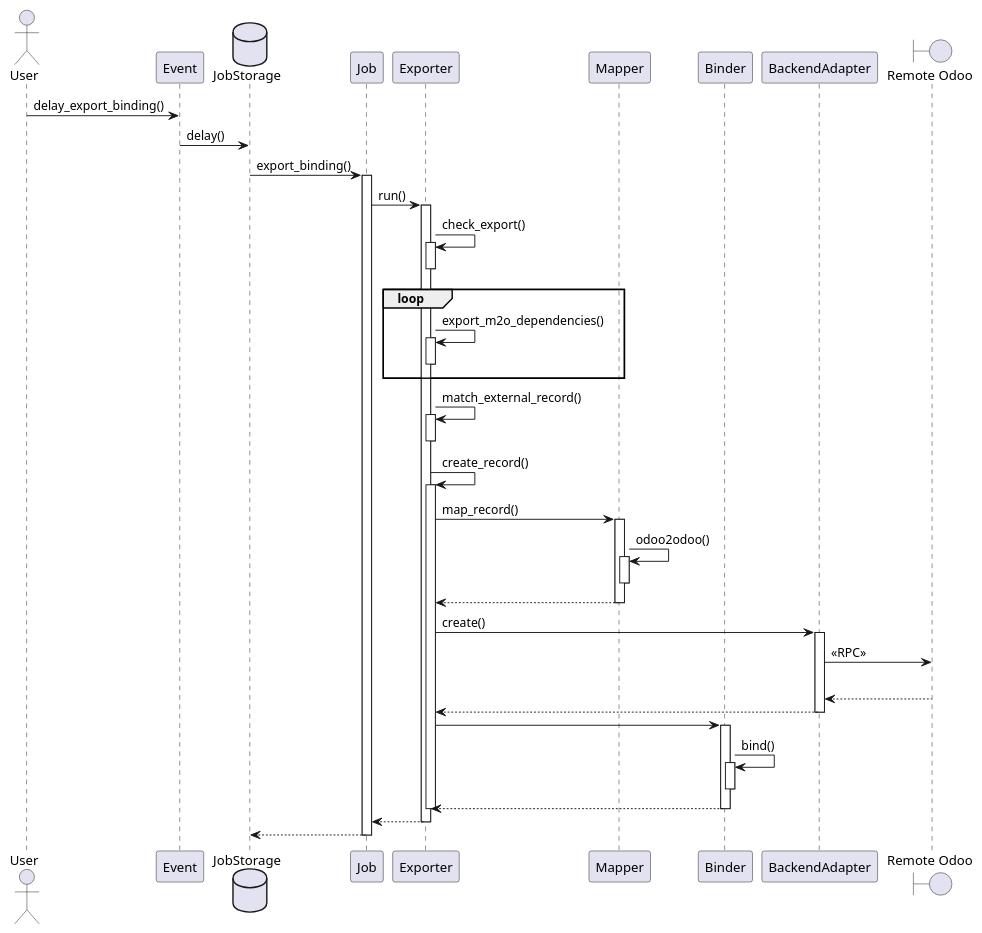
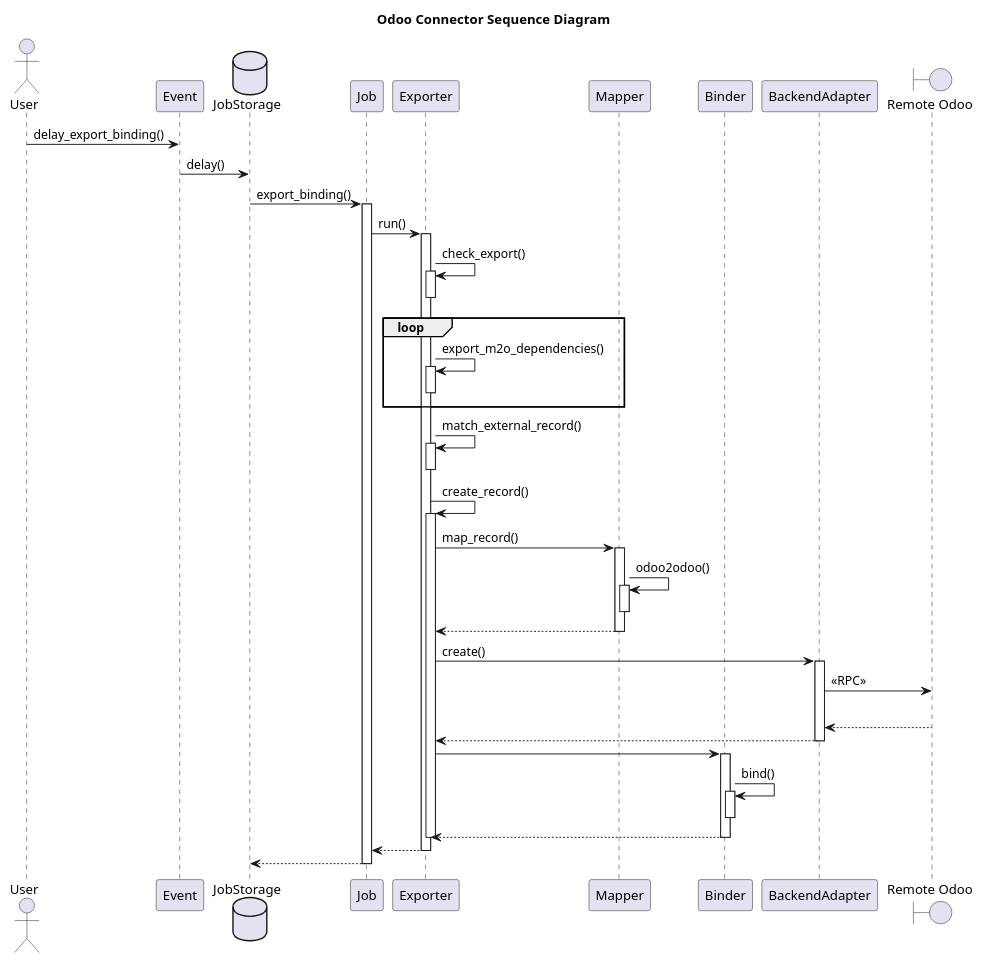
One commit to etoanik/plantuml changed the diagram in Sequence/connector_odoo2odoo.puml. Above: the diagram before and after it, drawn with PlantUML.

```diff
--- a/Sequence/connector_odoo2odoo.puml
+++ b/Sequence/connector_odoo2odoo.puml
@@ -1,71 +1,73 @@
 @startuml
+title Odoo Connector Sequence Diagram
+
 actor User
 
 User -> Event: delay_export_binding()
 
 database JobStorage
 Event -> JobStorage: delay()
 
 JobStorage -> Job: export_binding()
 activate Job
 
 Job -> Exporter: run()
 activate Exporter
 
 Exporter -> Exporter: check_export()
 activate Exporter
 deactivate Exporter
 
 loop
     Exporter -> Exporter: export_m2o_dependencies()
     activate Exporter
     deactivate Exporter
 end
 
 Exporter -> Exporter: match_external_record()
 activate Exporter
 deactivate Exporter
 
 Exporter -> Exporter: create_record()
 activate Exporter
 
 Exporter -> Mapper: map_record()
 activate Mapper
 
 Mapper -> Mapper: odoo2odoo()
 activate Mapper
 deactivate Mapper
 
 Exporter <-- Mapper
 deactivate Mapper
 
 participant Binder
 
 Exporter -> BackendAdapter: create()
 activate BackendAdapter
 
 boundary "Remote Odoo" as Remote
 BackendAdapter -> Remote: << RPC >>
 |||
 BackendAdapter <-- Remote
 
 Exporter <-- BackendAdapter
 deactivate BackendAdapter
 
 Exporter -> Binder
 activate Binder
 
 Binder -> Binder: bind()
 activate Binder
 deactivate Binder
 
 Exporter <-- Binder
 deactivate Binder
 deactivate Exporter
 
 Job <-- Exporter
 deactivate Exporter
 
 JobStorage <-- Job
 deactivate Job
 @enduml
```
